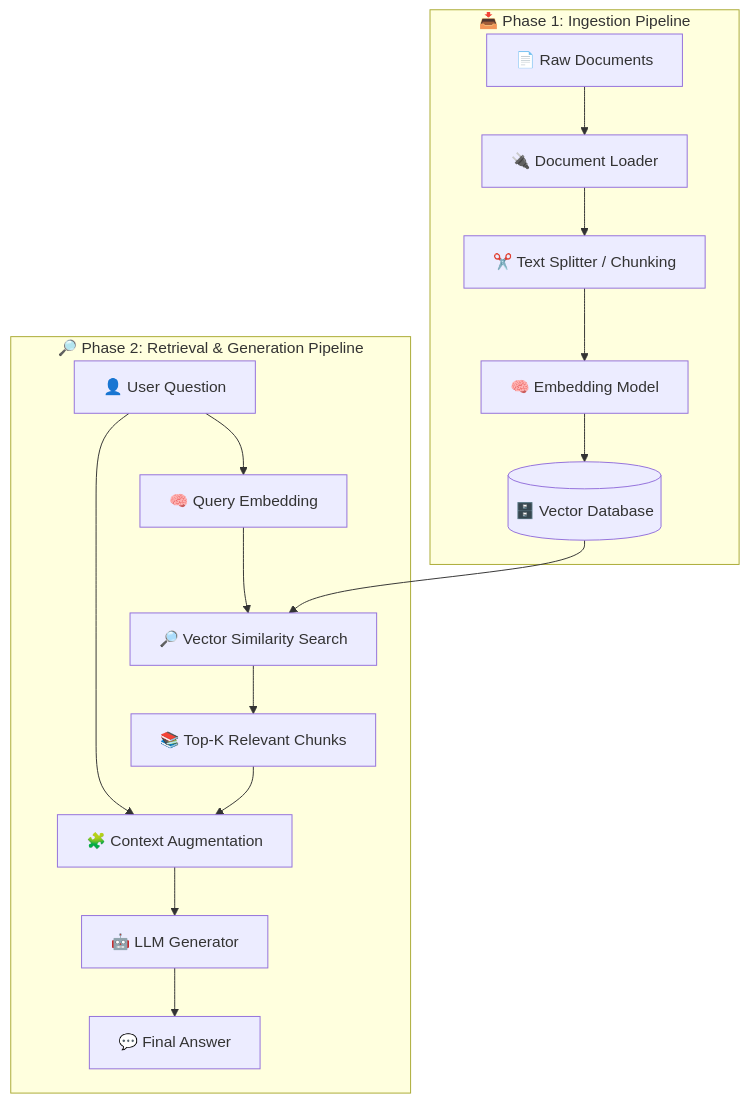
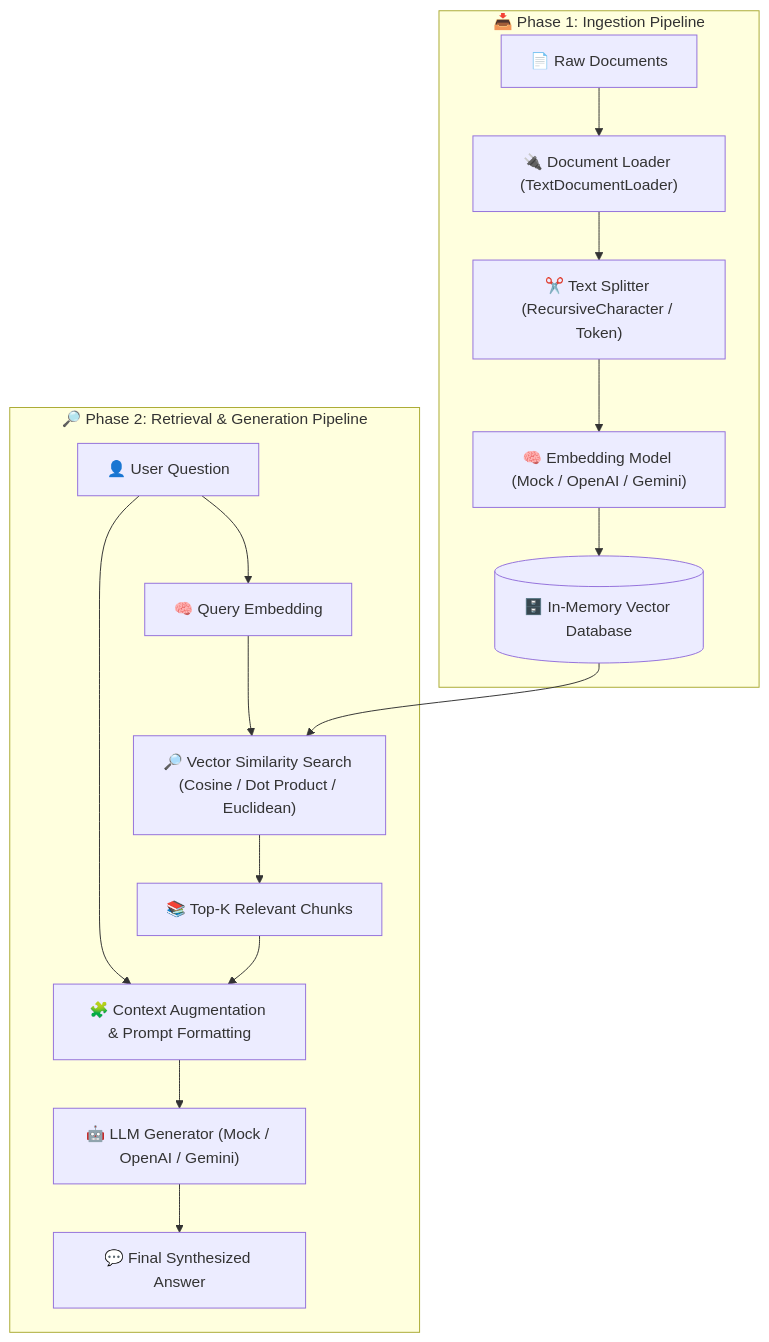
One commit to Amie-dev/rag-lab changed the diagram in 01-basic-rag/implementation guide/README.md. Above: the diagram before and after it, drawn with Mermaid. The commit also changed other lines of this file and 8 other files, not shown here.

````diff
--- a/01-basic-rag/implementation guide/README.md
+++ b/01-basic-rag/implementation guide/README.md
@@ -13,20 +15,20 @@
 ```mermaid
 flowchart TD
     subgraph INGESTION["📥 Phase 1: Ingestion Pipeline"]
-        A["📄 Raw Documents"] --> B["🔌 Document Loader"]
-        B --> C["✂️ Text Splitter / Chunking"]
-        C --> D["🧠 Embedding Model"]
-        D --> E[("🗄️ Vector Database")]
+        A["📄 Raw Documents"] --> B["🔌 Document Loader (TextDocumentLoader)"]
+        B --> C["✂️ Text Splitter (RecursiveCharacter / Token)"]
+        C --> D["🧠 Embedding Model (Mock / OpenAI / Gemini)"]
+        D --> E[("🗄️ In-Memory Vector Database")]
     end
 
     subgraph RETRIEVAL_GENERATION["🔎 Phase 2: Retrieval & Generation Pipeline"]
         F["👤 User Question"] --> G["🧠 Query Embedding"]
-        G --> H["🔎 Vector Similarity Search"]
+        G --> H["🔎 Vector Similarity Search (Cosine / Dot Product / Euclidean)"]
         E --> H
         H --> I["📚 Top-K Relevant Chunks"]
-        I --> J["🧩 Context Augmentation"]
+        I --> J["🧩 Context Augmentation & Prompt Formatting"]
         F --> J
-        J --> K["🤖 LLM Generator"]
-        K --> L["💬 Final Answer"]
+        J --> K["🤖 LLM Generator (Mock / OpenAI / Gemini)"]
+        K --> L["💬 Final Synthesized Answer"]
     end
 ```
````
